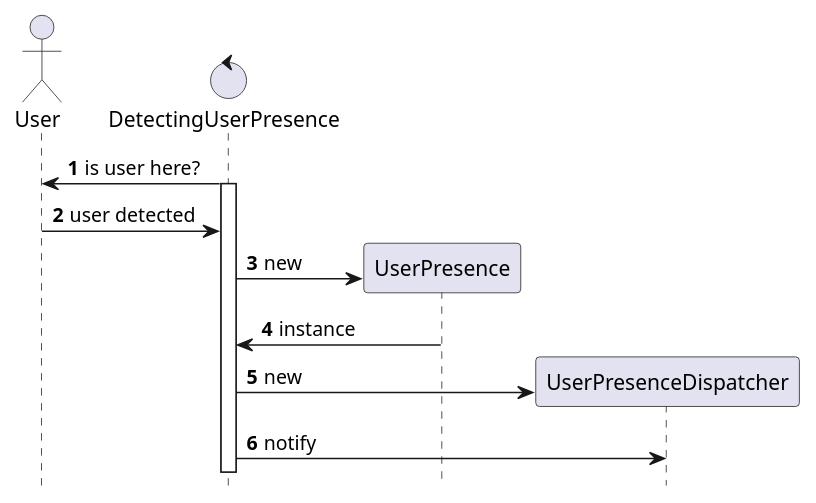
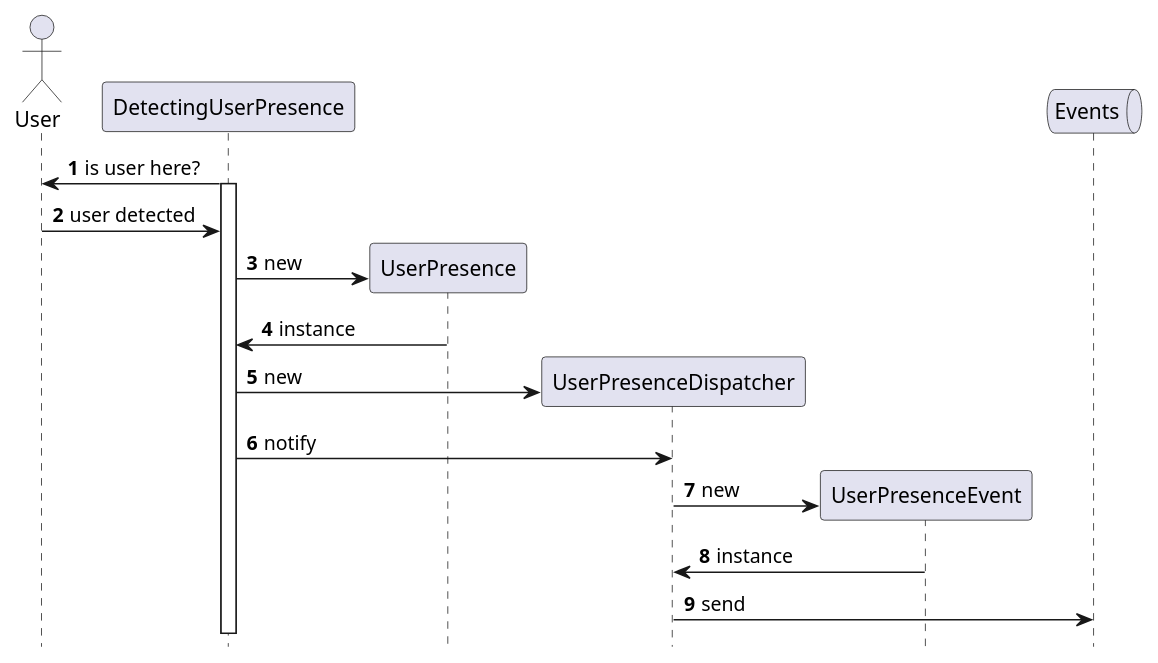
The diagram in docs/sequence/auth.puml (saratoga8/motion_notifier), drawn with PlantUML before and after one commit. The commit also changed 2 other files, not shown here.

```diff
--- a/docs/sequence/auth.puml
+++ b/docs/sequence/auth.puml
@@ -1,26 +1,33 @@
 @startuml
 'https://plantuml.com/sequence-diagram
 
 autonumber
 hide footbox
 
 actor User
-control DetectingUserPresence as DUP
+participant DetectingUserPresence as DUP
 participant UserPresence as UP
 participant UserPresenceDispatcher as UPD
+participant UserPresenceEvent as UPE
+queue Events
 
 DUP -> User: is user here?
 activate DUP
 User -> DUP: user detected
 create UP
 DUP -> UP: new
 DUP <- UP: instance
 create UPD
 DUP -> UPD: new
 DUP -> UPD: notify
+create UPE
+UPD -> UPE: new
+UPE -> UPD: instance
+UPD -> Events: send
+
 
 
 
 
 
 @enduml
```
